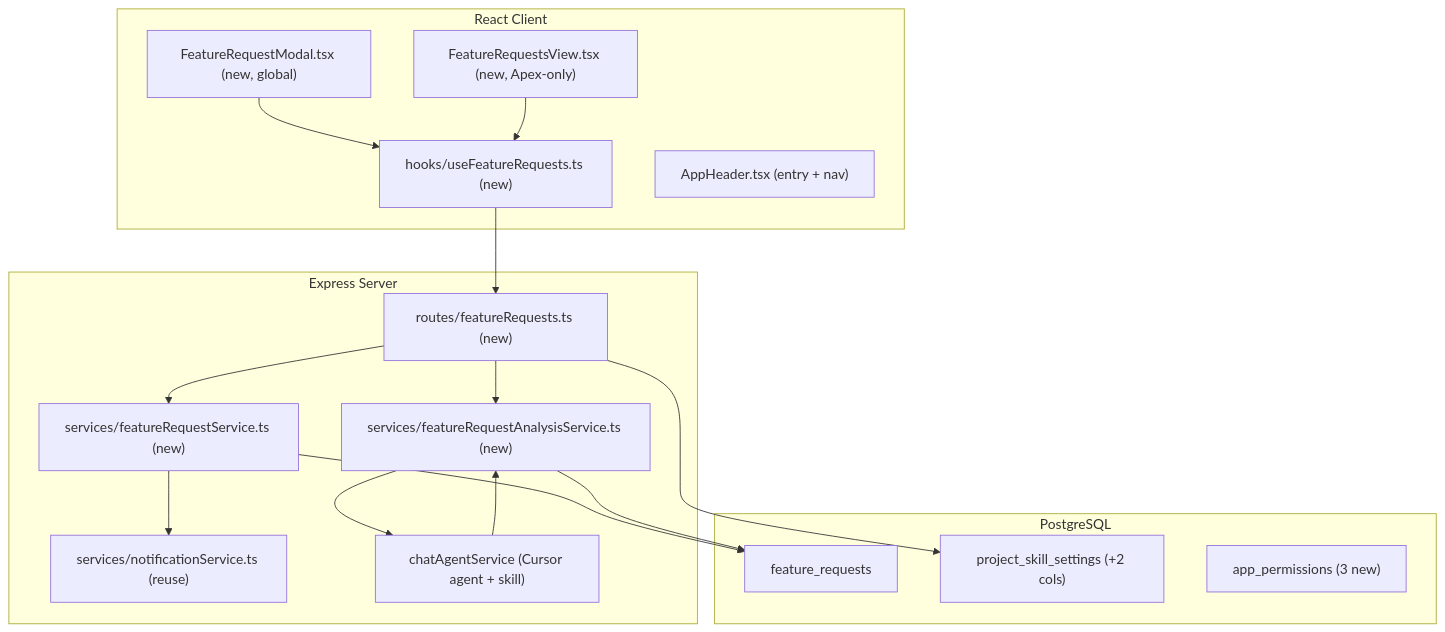
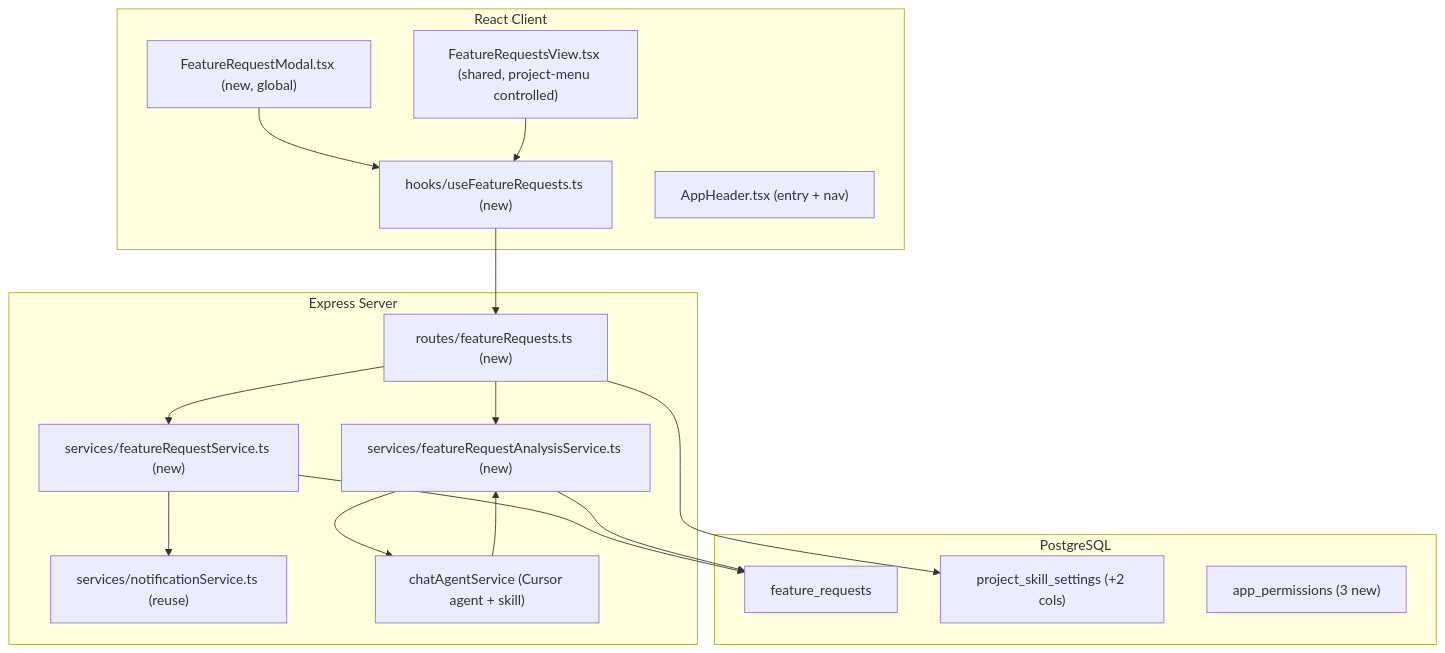
One commit to ryamiller-amergis/Apex changed the first of 2 diagrams in design-docs/feature-requests.md. Above: the diagram before and after it, drawn with Mermaid. The commit also changed other lines of this file and 53 other files, not shown here.

````diff
--- a/design-docs/feature-requests.md
+++ b/design-docs/feature-requests.md
@@ -54,35 +54,35 @@
 ```mermaid
 flowchart TD
   subgraph db [PostgreSQL]
     fr["feature_requests"]
     pss["project_skill_settings (+2 cols)"]
     perms["app_permissions (3 new)"]
   end
 
   subgraph server [Express Server]
     routes["routes/featureRequests.ts (new)"]
     svc["services/featureRequestService.ts (new)"]
     analysis["services/featureRequestAnalysisService.ts (new)"]
     notif["services/notificationService.ts (reuse)"]
     agent["chatAgentService (Cursor agent + skill)"]
   end
 
   subgraph client [React Client]
     modal["FeatureRequestModal.tsx (new, global)"]
-    view["FeatureRequestsView.tsx (new, Apex-only)"]
+    view["FeatureRequestsView.tsx (shared, project-menu controlled)"]
     hook["hooks/useFeatureRequests.ts (new)"]
     header["AppHeader.tsx (entry + nav)"]
   end
 
   modal --> hook
   view --> hook
   hook --> routes
   routes --> svc
   svc --> fr
   svc --> notif
   routes --> analysis
   analysis --> agent
   agent --> analysis
   analysis --> fr
   routes --> pss
 ```
````
